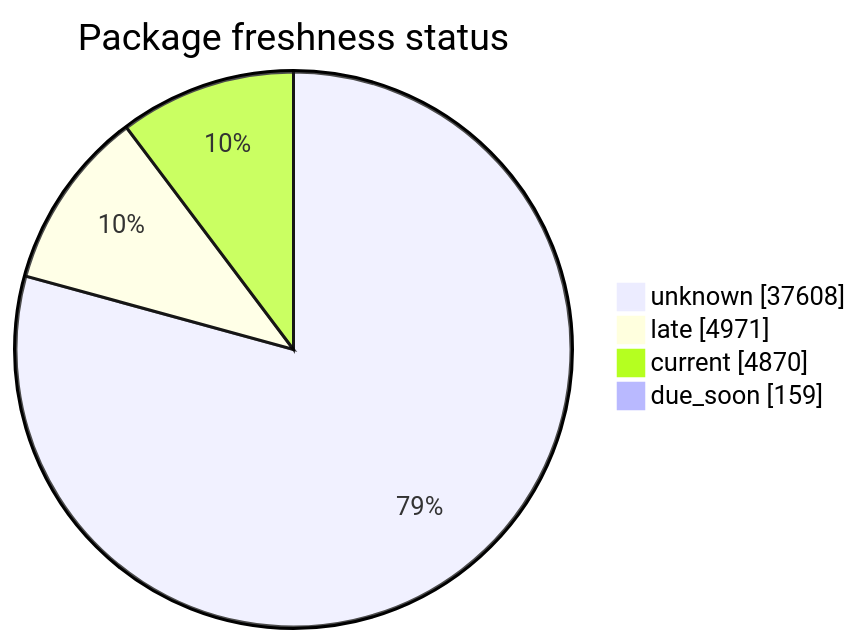
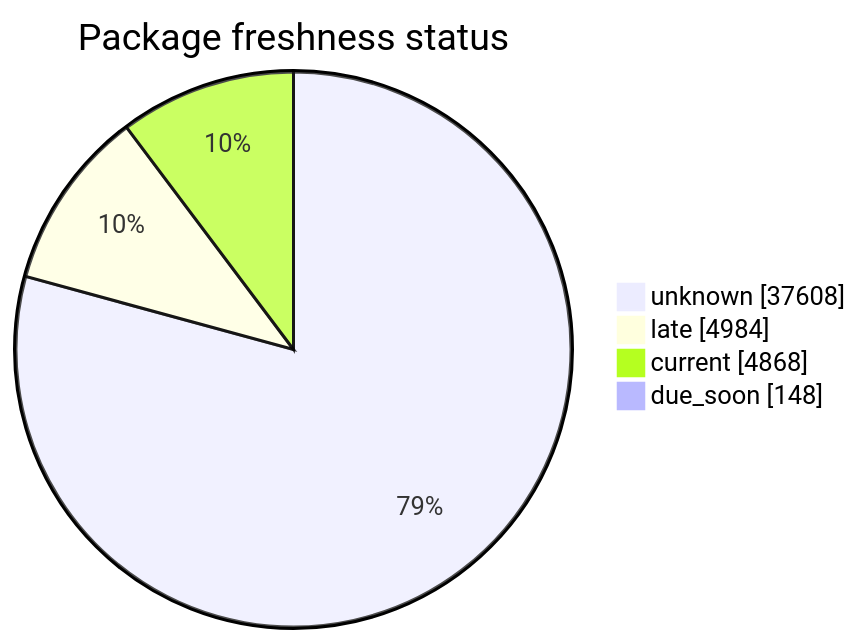
One commit to open-data/analytics-corporate-reporting changed the second of 5 diagrams in FreshCheck/README.md. Above: the diagram before and after it, drawn with Mermaid. The commit also changed other lines of this file and 3 other files, not shown here.

````diff
--- a/FreshCheck/README.md
+++ b/FreshCheck/README.md
@@ -68,7 +68,7 @@
 ```mermaid
 pie showData title Package freshness status
     "unknown": 37608
-    "late": 4971
-    "current": 4870
-    "due_soon": 159
+    "late": 4984
+    "current": 4868
+    "due_soon": 148
 ```
````
